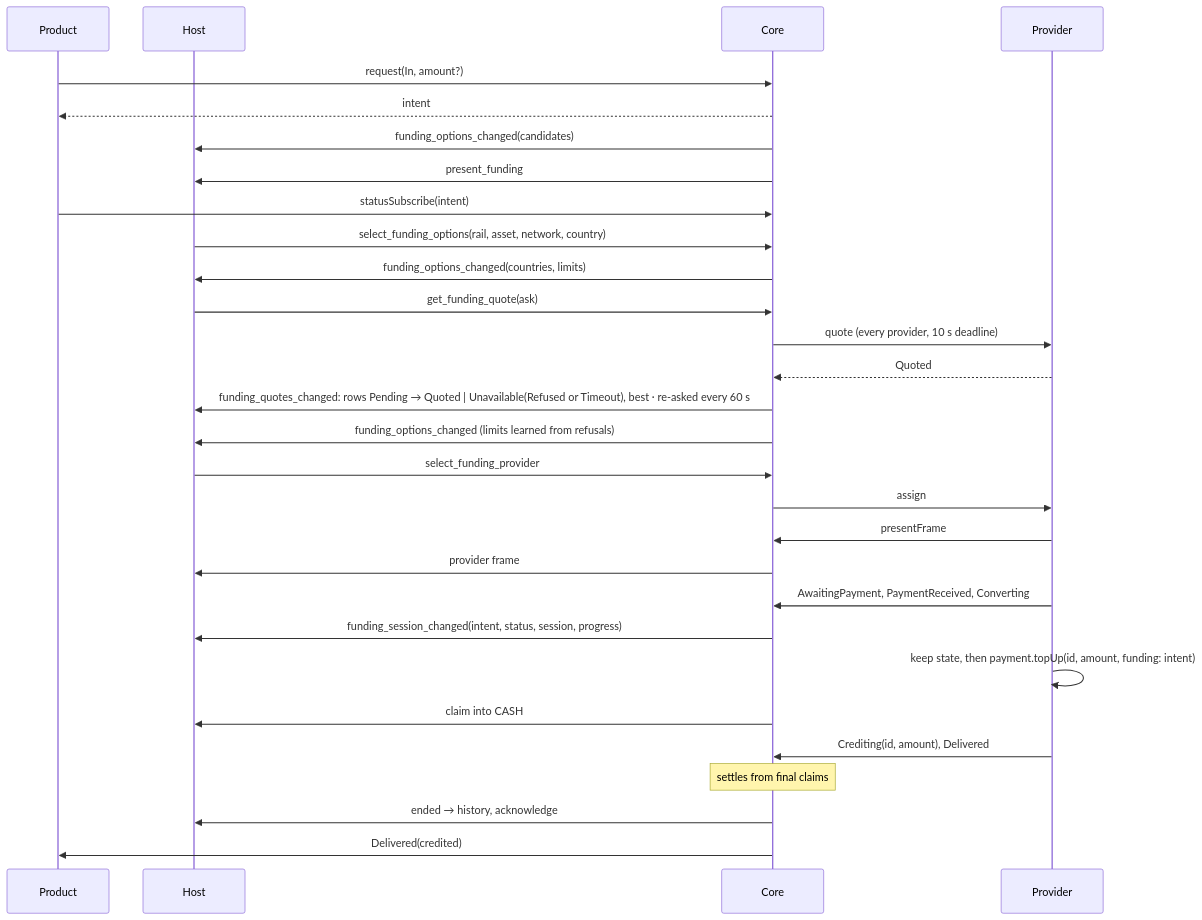
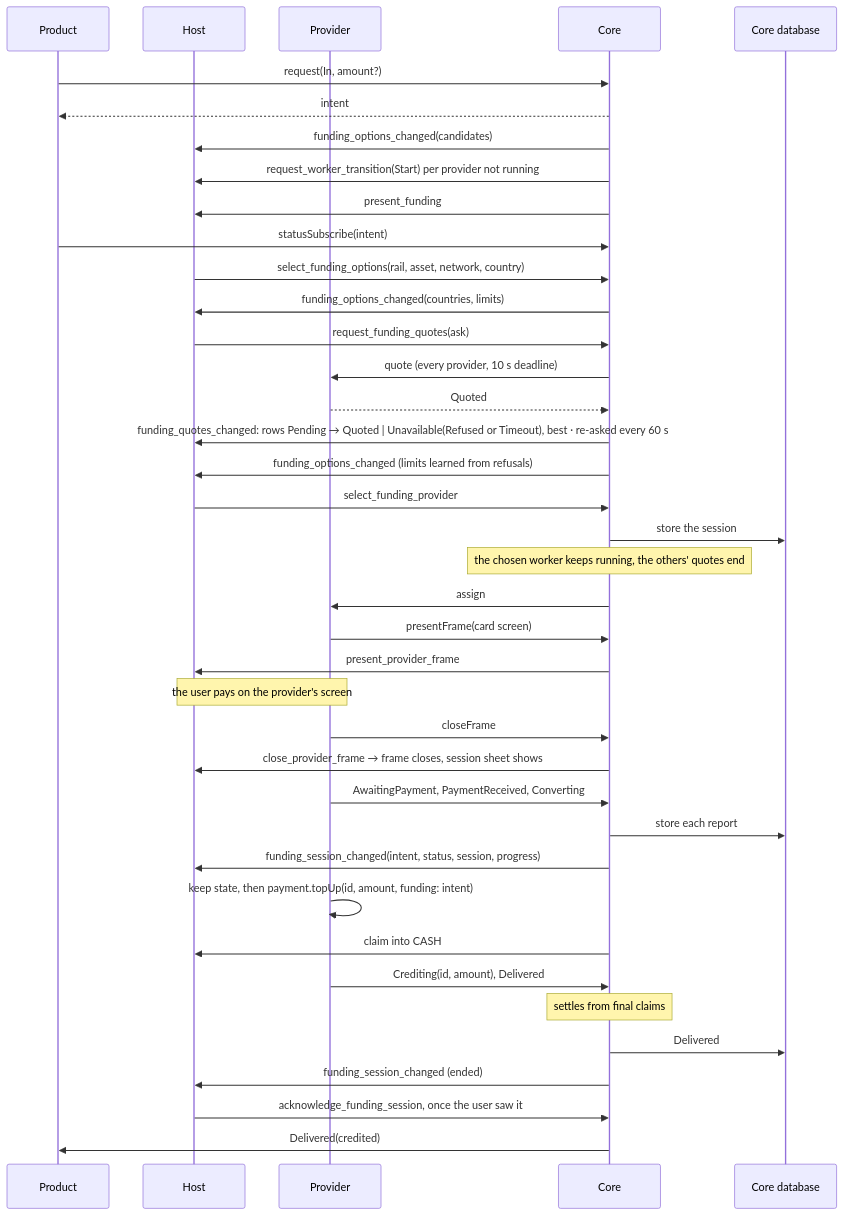
Before and after one commit to paritytech/trinity-user-agents: the third of 9 diagrams in docs/design/funding-modality.md, drawn with Mermaid. The commit also changed other lines of this file, not shown here.

Commit message:
docs(funding): history read from the core, worker crash restart, providers close their screens

````diff
--- a/docs/design/funding-modality.md
+++ b/docs/design/funding-modality.md
@@ -102,31 +105,41 @@
 ```mermaid
 sequenceDiagram
   participant P as Product
   participant H as Host
+  participant W as Provider
   participant C as Core
-  participant W as Provider
+  participant D as Core database
   P->>C: request(In, amount?)
   C-->>P: intent
   C->>H: funding_options_changed(candidates)
+  C->>H: request_worker_transition(Start) per provider not running
   C->>H: present_funding
   P->>C: statusSubscribe(intent)
   H->>C: select_funding_options(rail, asset, network, country)
   C->>H: funding_options_changed(countries, limits)
-  H->>C: get_funding_quote(ask)
+  H->>C: request_funding_quotes(ask)
   C->>W: quote (every provider, 10 s deadline)
   W-->>C: Quoted
   C->>H: funding_quotes_changed: rows Pending → Quoted | Unavailable(Refused or Timeout), best · re-asked every 60 s
   C->>H: funding_options_changed (limits learned from refusals)
   H->>C: select_funding_provider
+  C->>D: store the session
+  Note over C: the chosen worker keeps running, the others' quotes end
   C->>W: assign
-  W->>C: presentFrame
-  C->>H: provider frame
+  W->>C: presentFrame(card screen)
+  C->>H: present_provider_frame
+  Note over H,W: the user pays on the provider's screen
+  W->>C: closeFrame
+  C->>H: close_provider_frame → frame closes, session sheet shows
   W->>C: AwaitingPayment, PaymentReceived, Converting
+  C->>D: store each report
   C->>H: funding_session_changed(intent, status, session, progress)
   W->>W: keep state, then payment.topUp(id, amount, funding: intent)
   C->>H: claim into CASH
   W->>C: Crediting(id, amount), Delivered
   Note over C: settles from final claims
-  C->>H: ended → history, acknowledge
+  C->>D: Delivered
+  C->>H: funding_session_changed (ended)
+  H->>C: acknowledge_funding_session, once the user saw it
   C->>P: Delivered(credited)
 ```
````
